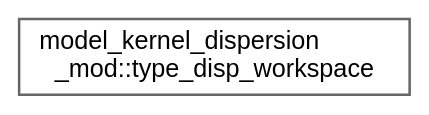
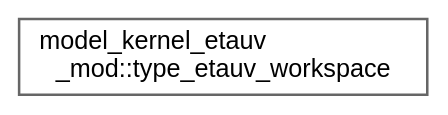
Before and after one commit to mayhl/FUNWAVE-TVD: the diagram in release/v4.0-beta/inherit_graph_39.dot, drawn with Graphviz. The commit also changed 126 other files, not shown here.

```diff
--- a/release/v4.0-beta/inherit_graph_39.dot
+++ b/release/v4.0-beta/inherit_graph_39.dot
@@ -1,9 +1,9 @@
 digraph "Graphical Class Hierarchy"
 {
  // LATEX_PDF_SIZE
   bgcolor="transparent";
   edge [fontname=Helvetica,fontsize=10,labelfontname=Helvetica,labelfontsize=10];
   node [fontname=Helvetica,fontsize=10,shape=box,height=0.2,width=0.4];
   rankdir="LR";
-  Node0 [id="Node000000",label="model_kernel_dispersion\l_mod::type_disp_workspace",height=0.2,width=0.4,color="grey40", fillcolor="white", style="filled",URL="$structmodel__kernel__dispersion__mod_1_1type__disp__workspace.html",tooltip=" "];
+  Node0 [id="Node000000",label="model_kernel_etauv\l_mod::type_etauv_workspace",height=0.2,width=0.4,color="grey40", fillcolor="white", style="filled",URL="$structmodel__kernel__etauv__mod_1_1type__etauv__workspace.html",tooltip=" "];
 }
```
